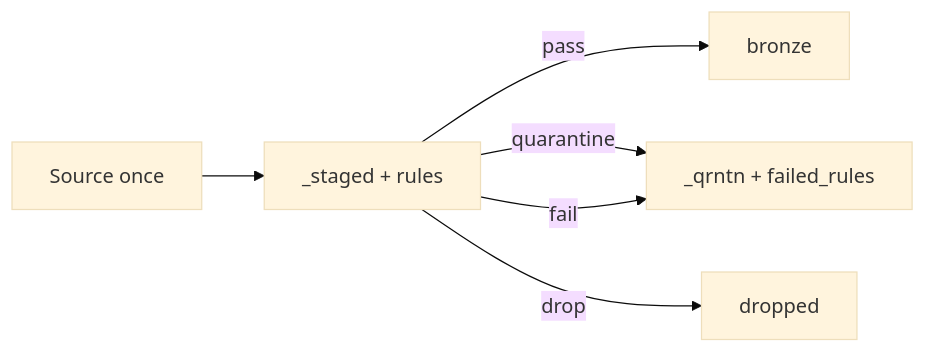
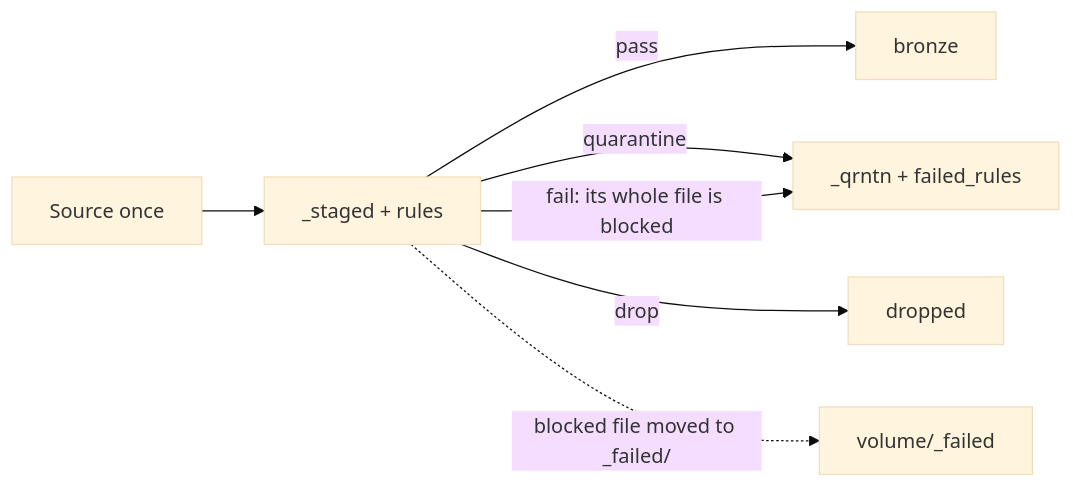
The second of 3 diagrams in framework_ingestion/README.md (NitinKeshavB/framework), drawn with Mermaid (base theme) before and after one commit. The commit also changed 28 other files, not shown here.

````diff
--- a/framework_ingestion/README.md
+++ b/framework_ingestion/README.md
@@ -111,8 +111,9 @@
 ```mermaid
 flowchart LR
   src["Source once"] --> staged["_staged + rules"]
   staged -->|pass| bronze["bronze"]
   staged -->|quarantine| qrntn["_qrntn + failed_rules"]
   staged -->|drop| dropped["dropped"]
-  staged -->|fail| qrntn
+  staged -->|"fail: its whole file is blocked"| qrntn
+  staged -.->|"blocked file moved to _failed/"| failed["volume/_failed"]
 ```
````
